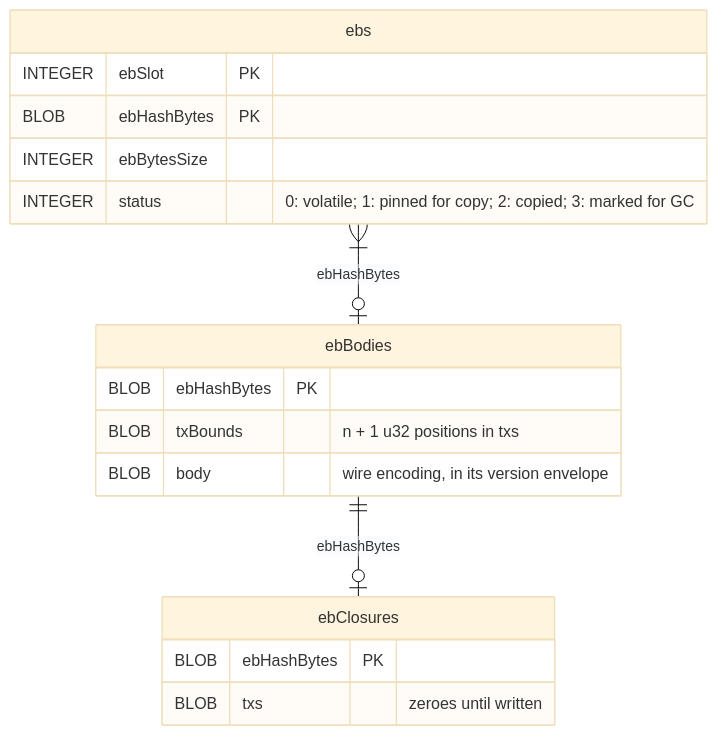
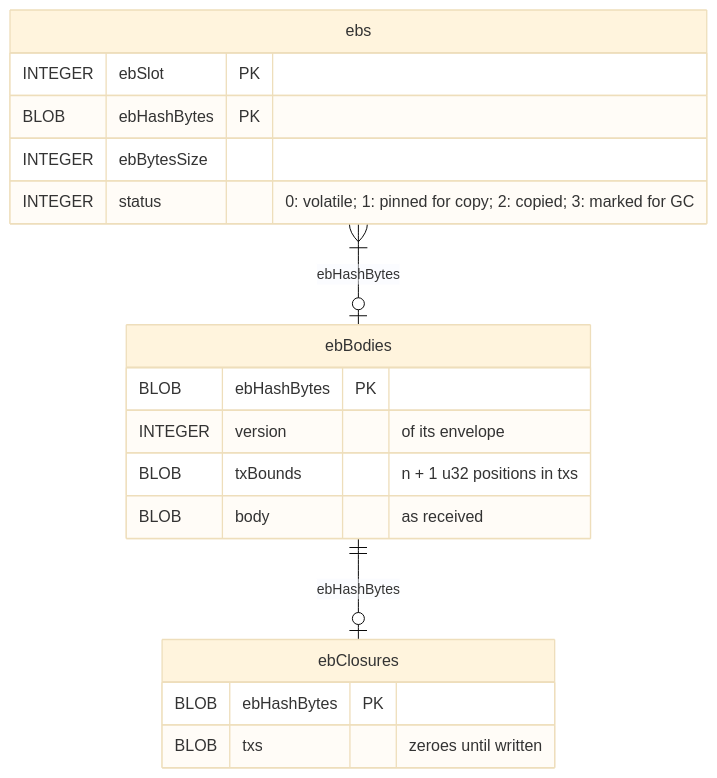
The first of 3 diagrams in docs/website/contents/explanations/leiosdb.md (IntersectMBO/ouroboros-consensus), drawn with Mermaid (base theme) before and after one commit. The commit also changed other lines of this file and 21 other files, not shown here.

````diff
--- a/docs/website/contents/explanations/leiosdb.md
+++ b/docs/website/contents/explanations/leiosdb.md
@@ -19,21 +19,22 @@
 ```mermaid
 erDiagram
     ebs {
         INTEGER ebSlot PK
         BLOB ebHashBytes PK
         INTEGER ebBytesSize
         INTEGER status "0: volatile; 1: pinned for copy; 2: copied; 3: marked for GC"
     }
     ebBodies {
         BLOB ebHashBytes PK
+        INTEGER version "of its envelope"
         BLOB txBounds "n + 1 u32 positions in txs"
-        BLOB body "wire encoding, in its version envelope"
+        BLOB body "as received"
     }
     ebClosures {
         BLOB ebHashBytes PK
         BLOB txs "zeroes until written"
     }
 
     ebs }|--o| ebBodies : "ebHashBytes"
     ebBodies ||--o| ebClosures : "ebHashBytes"
 ```
````
